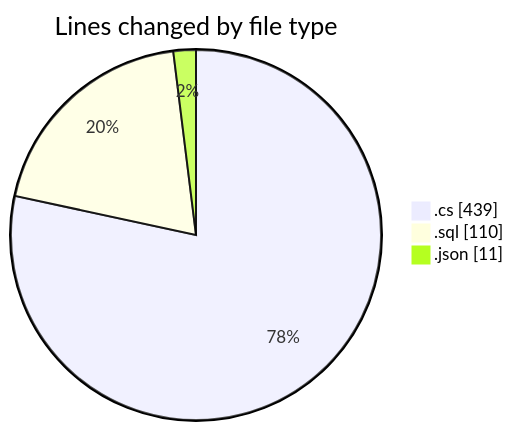
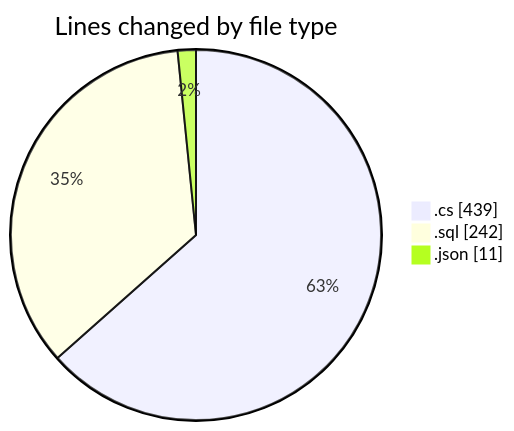
Before and after one commit to Netris89/code-tracking: the first of 2 diagrams in 2025-04-04/back-end/README.md, drawn with Mermaid. The commit also changed other lines of this file and 1 other file, not shown here.

````diff
--- a/2025-04-04/back-end/README.md
+++ b/2025-04-04/back-end/README.md
@@ -22,7 +22,7 @@
 ```mermaid
 pie showData
 title Lines changed by file type
 ".cs" : 439
-".sql" : 110
+".sql" : 242
 ".json" : 11
 ```
````
